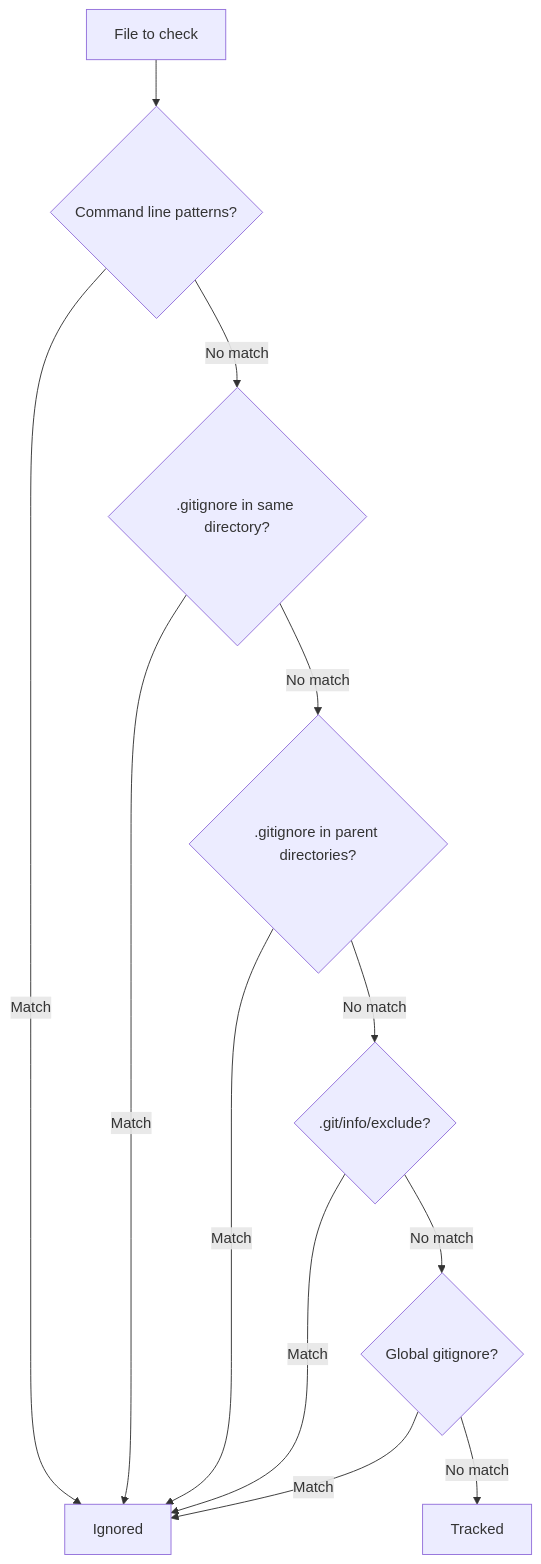
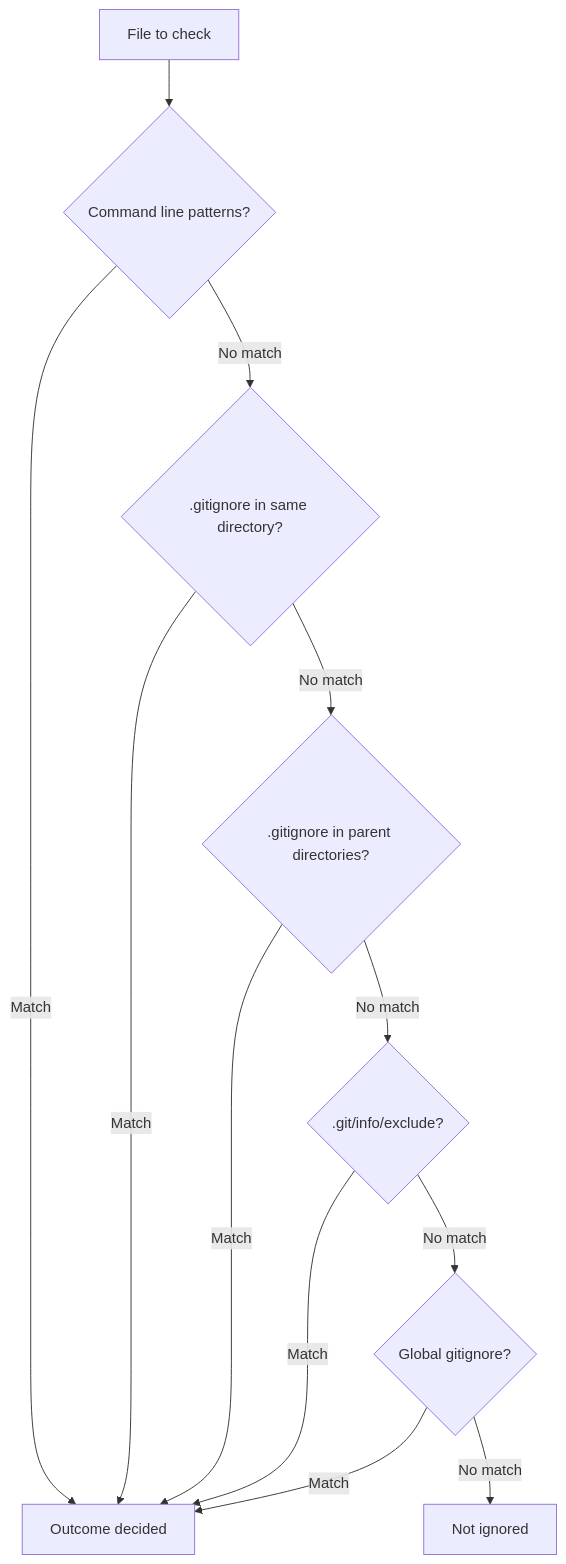
Before and after one commit to OneUptime/blog: the diagram in posts/2026-01-24-git-ignore-patterns/README.md, drawn with Mermaid. The commit also changed other lines of this file and 4262 other files, not shown here.

````diff
--- a/posts/2026-01-24-git-ignore-patterns/README.md
+++ b/posts/2026-01-24-git-ignore-patterns/README.md
@@ -17,14 +17,14 @@
 ```mermaid
 flowchart TD
     A[File to check] --> B{Command line patterns?}
-    B -->|Match| C[Ignored]
+    B -->|Match| C[Outcome decided]
     B -->|No match| D{.gitignore in same directory?}
     D -->|Match| C
     D -->|No match| E{.gitignore in parent directories?}
     E -->|Match| C
     E -->|No match| F{.git/info/exclude?}
     F -->|Match| C
     F -->|No match| G{Global gitignore?}
     G -->|Match| C
-    G -->|No match| H[Tracked]
+    G -->|No match| H[Not ignored]
 ```
````
